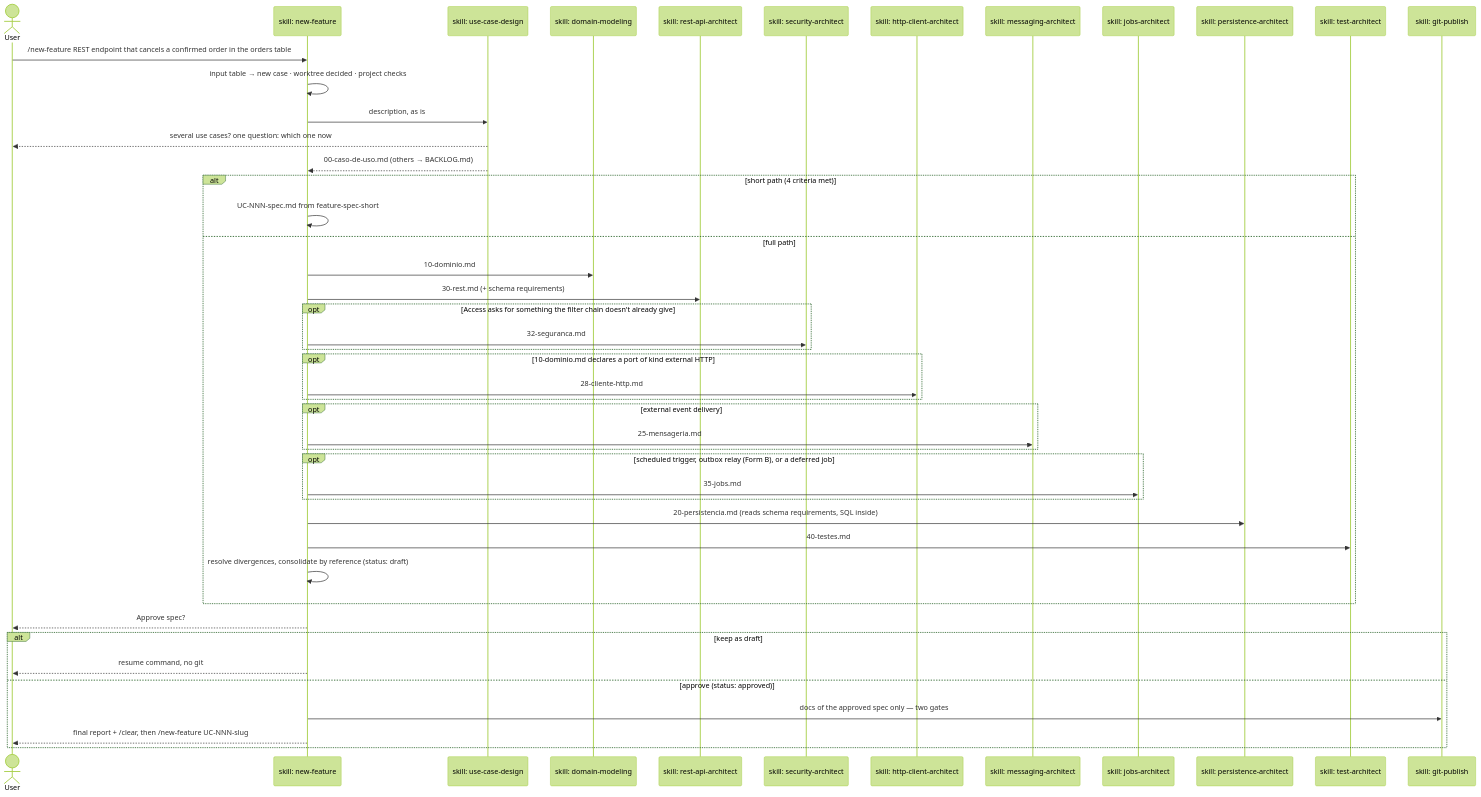
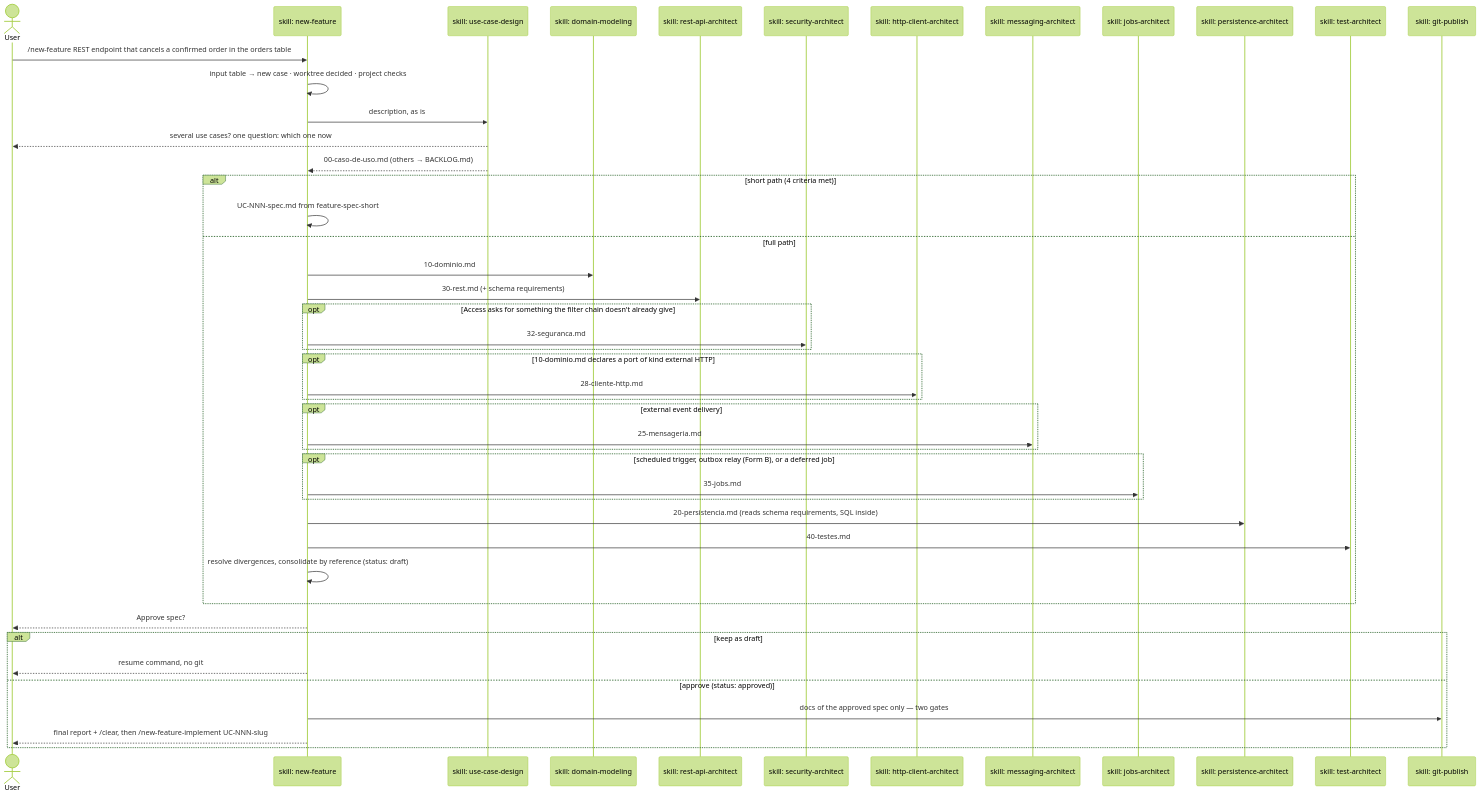
The first of 2 diagrams in docs/en/03-new-feature.md (ice-lfernandes/claude-spring-architect), drawn with Mermaid (forest theme) before and after one commit. The commit also changed other lines of this file and 48 other files, not shown here.

First line of the commit message:
feat: split the implement flow out of /new-feature into /new-feature-implement (#115)

````diff
--- a/docs/en/03-new-feature.md
+++ b/docs/en/03-new-feature.md
@@ -95,49 +98,49 @@
 ```mermaid
 sequenceDiagram
     actor U as User
     participant NF as skill: new-feature
     participant UC as skill: use-case-design
     participant DOM as skill: domain-modeling
     participant REST as skill: rest-api-architect
     participant SEC as skill: security-architect
     participant HTTP as skill: http-client-architect
     participant MSG as skill: messaging-architect
     participant JOBS as skill: jobs-architect
     participant PER as skill: persistence-architect
     participant TST as skill: test-architect
     participant GIT as skill: git-publish
 
     U->>NF: /new-feature REST endpoint that cancels a confirmed order in the orders table
     NF->>NF: input table → new case · worktree decided · project checks
     NF->>UC: description, as is
     UC-->>U: several use cases? one question: which one now
     UC-->>NF: 00-caso-de-uso.md (others → BACKLOG.md)
     alt short path (4 criteria met)
         NF->>NF: UC-NNN-spec.md from feature-spec-short
     else full path
         NF->>DOM: 10-dominio.md
         NF->>REST: 30-rest.md (+ schema requirements)
         opt Access asks for something the filter chain doesn't already give
             NF->>SEC: 32-seguranca.md
         end
         opt 10-dominio.md declares a port of kind external HTTP
             NF->>HTTP: 28-cliente-http.md
         end
         opt external event delivery
             NF->>MSG: 25-mensageria.md
         end
         opt scheduled trigger, outbox relay (Form B), or a deferred job
             NF->>JOBS: 35-jobs.md
         end
         NF->>PER: 20-persistencia.md (reads schema requirements, SQL inside)
         NF->>TST: 40-testes.md
         NF->>NF: resolve divergences, consolidate by reference (status: draft)
     end
     NF-->>U: Approve spec?
     alt keep as draft
         NF-->>U: resume command, no git
     else approve (status: approved)
         NF->>GIT: docs of the approved spec only — two gates
-        NF-->>U: final report + /clear, then /new-feature UC-NNN-slug
+        NF-->>U: final report + /clear, then /new-feature-implement UC-NNN-slug
     end
 ```
````
